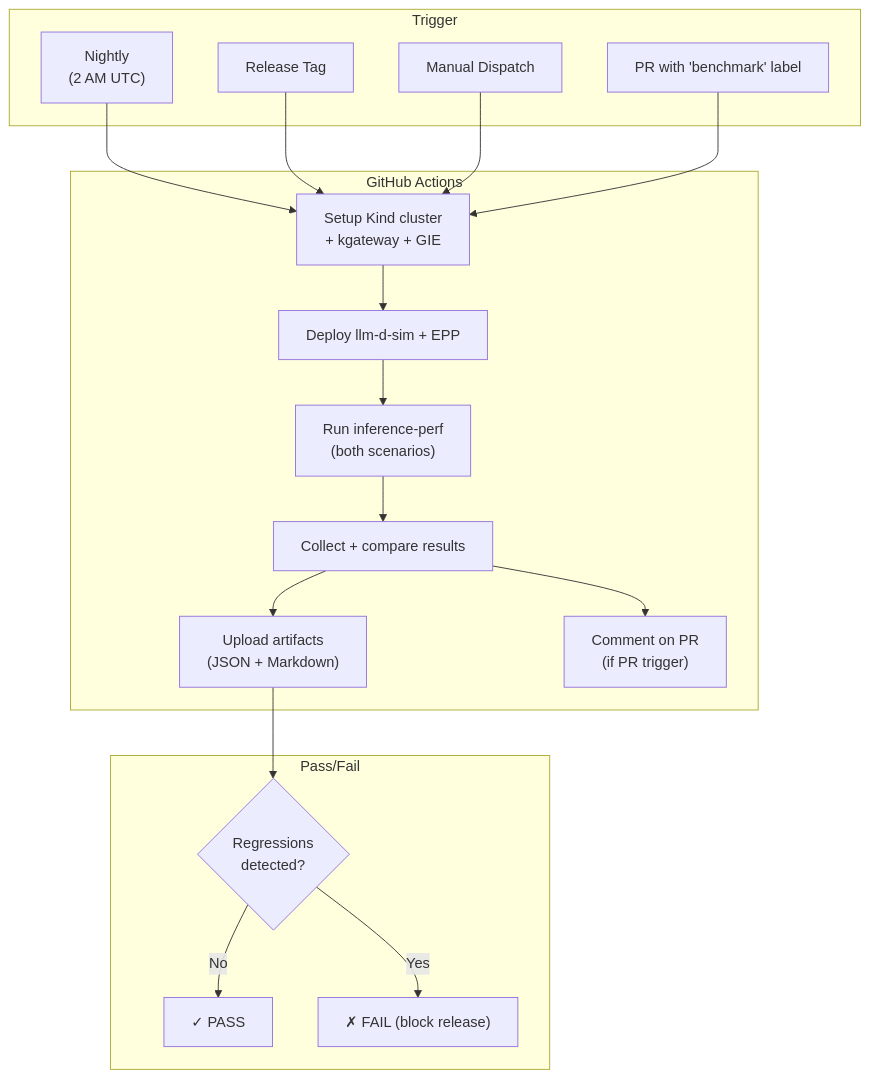
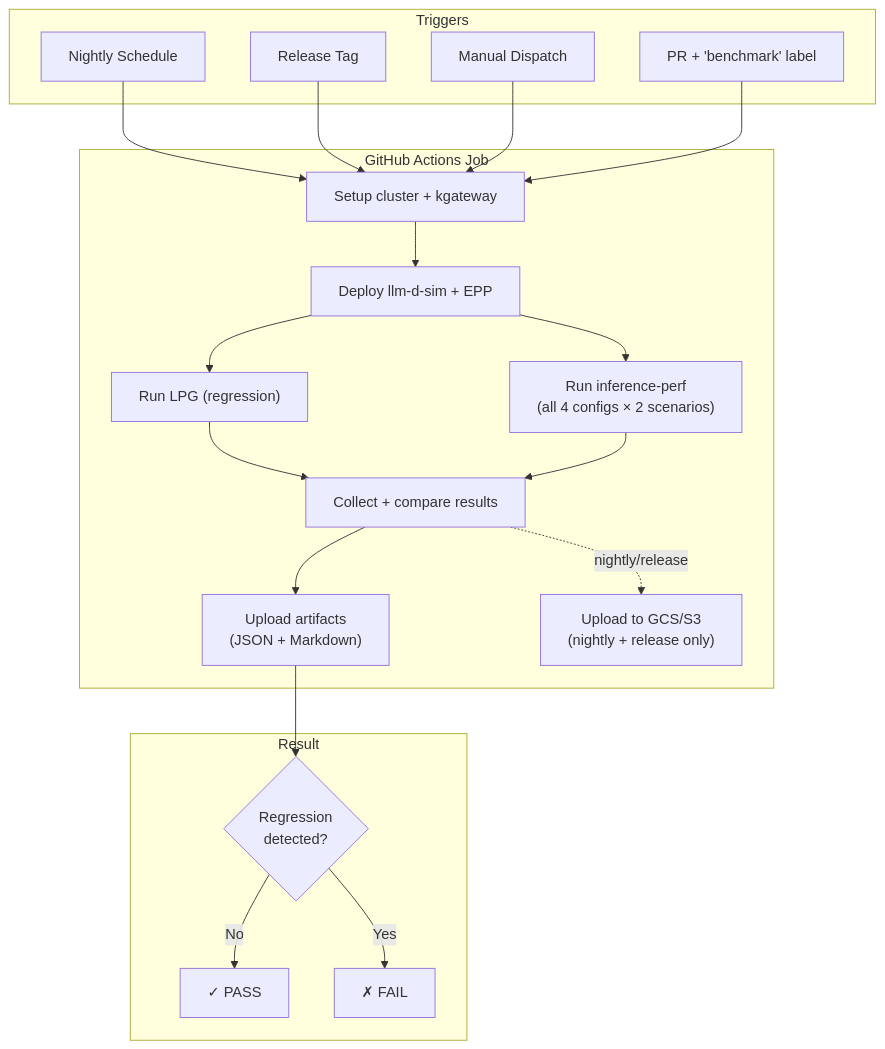
One commit to 1Shubham7/knotes changed the fifth of 6 diagrams in teamp.md. Above: the diagram before and after it, drawn with Mermaid. The commit also changed other lines of this file, not shown here.

````diff
--- a/teamp.md
+++ b/teamp.md
@@ -523,29 +429,27 @@
 ```mermaid
 flowchart TD
-    subgraph "Trigger"
-        NT["Nightly<br/>(2 AM UTC)"]
-        RL["Release Tag"]
-        WD["Manual Dispatch"]
-        PR["PR with 'benchmark' label"]
+    subgraph "Triggers"
+        NT["Nightly Schedule"] & RL["Release Tag"] & WD["Manual Dispatch"] & PR["PR + 'benchmark' label"]
     end
 
-    subgraph "GitHub Actions"
-        SC["Setup Kind cluster<br/>+ kgateway + GIE"]
+    subgraph "GitHub Actions Job"
+        SC["Setup cluster + kgateway"]
         DS["Deploy llm-d-sim + EPP"]
-        RB["Run inference-perf<br/>(both scenarios)"]
-        CR["Collect + compare results"]
+        LR["Run LPG (regression)"]
+        BR["Run inference-perf<br/>(all 4 configs × 2 scenarios)"]
+        CO["Collect + compare results"]
         UP["Upload artifacts<br/>(JSON + Markdown)"]
-        CMT["Comment on PR<br/>(if PR trigger)"]
+        GU["Upload to GCS/S3<br/>(nightly + release only)"]
     end
 
-    subgraph "Pass/Fail"
-        TH{"Regressions<br/>detected?"}
+    subgraph "Result"
+        TH{"Regression<br/>detected?"}
         PASS["✓ PASS"]
-        FAIL["✗ FAIL (block release)"]
+        FAIL["✗ FAIL"]
     end
 
-    NT & RL & WD & PR --> SC --> DS --> RB --> CR --> UP --> TH
+    NT & RL & WD & PR --> SC --> DS --> LR & BR --> CO --> UP --> TH
+    CO -.->|"nightly/release"| GU
     TH -->|"No"| PASS
     TH -->|"Yes"| FAIL
-    CR --> CMT
 ```
````
